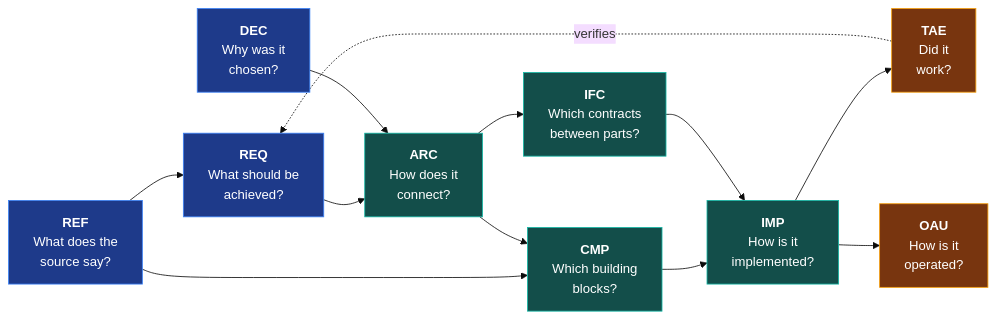
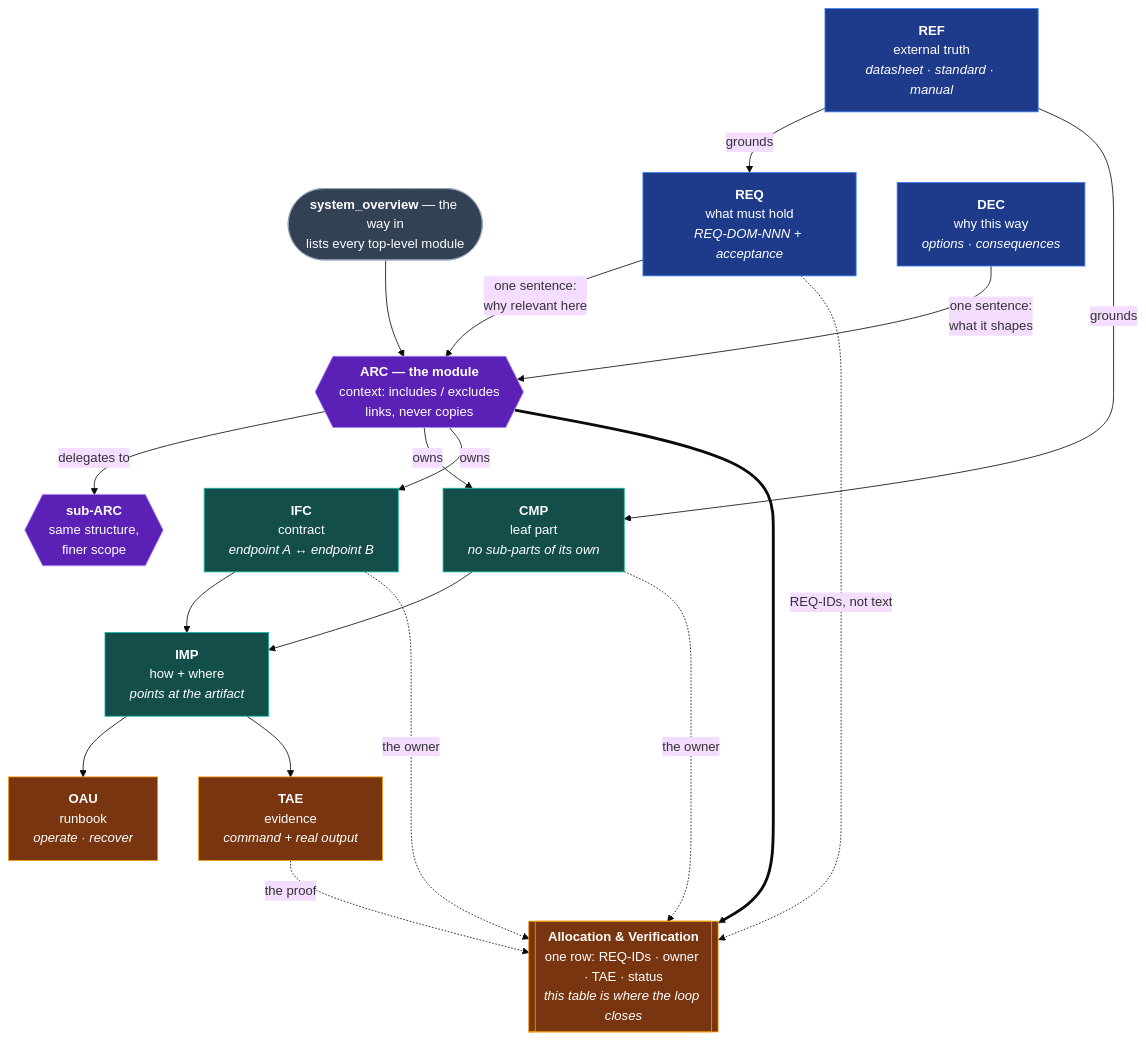
The diagram in README.md (jrmmhm/obsidian-engineering-vault), drawn with Mermaid (base theme) before and after one commit. The commit also changed other lines of this file and 1 other file, not shown here.

Commit message:
docs: show ARC as orchestrator, rewrite CLAUDE.md as instructions
The old diagram drew the domains as a left-to-right pipeline, which is the one
thing the method is not. ARC is an orchestrator that references every other
domain and owns none of their content; the allocation table is where a
requirement ID, its owning component, its evidence and its status meet in one
row. The new diagram centers both, and adds the ARC nesting rule and the
CMP-vs-ARC decision rule that readers otherwise have to find in the ARC README.

CLAUDE.md restated content that already lives in STRUCTURE.md and the vault
conventions - an SSOT violation in a repo about SSOT. It now points at those as
the authority and carries only rules that are not derivable from them, each
with the reason it exists, so the intent generalizes to cases the rule does not
name.

````diff
--- a/README.md
+++ b/README.md
@@ -43,31 +45,50 @@
 ```mermaid
-flowchart LR
-    REF["<b>REF</b><br/>What does the<br/>source say?"]
-    REQ["<b>REQ</b><br/>What should be<br/>achieved?"]
-    DEC["<b>DEC</b><br/>Why was it<br/>chosen?"]
-    ARC["<b>ARC</b><br/>How does it<br/>connect?"]
-    CMP["<b>CMP</b><br/>Which building<br/>blocks?"]
-    IFC["<b>IFC</b><br/>Which contracts<br/>between parts?"]
-    IMP["<b>IMP</b><br/>How is it<br/>implemented?"]
-    TAE["<b>TAE</b><br/>Did it<br/>work?"]
-    OAU["<b>OAU</b><br/>How is it<br/>operated?"]
+flowchart TB
+    SYS(["<b>system_overview</b> — the way in<br/>lists every top-level module"])
 
-    REF --> REQ
-    REF --> CMP
-    REQ --> ARC
-    DEC --> ARC
-    ARC --> CMP
-    ARC --> IFC
+    REF["<b>REF</b><br/>external truth<br/><i>datasheet · standard · manual</i>"]
+    REQ["<b>REQ</b><br/>what must hold<br/><i>REQ-DOM-NNN + acceptance</i>"]
+    DEC["<b>DEC</b><br/>why this way<br/><i>options · consequences</i>"]
+
+    ARC{{"<b>ARC — the module</b><br/>context: includes / excludes<br/>links, never copies"}}
+    SUB{{"<b>sub-ARC</b><br/>same structure,<br/>finer scope"}}
+
+    CMP["<b>CMP</b><br/>leaf part<br/><i>no sub-parts of its own</i>"]
+    IFC["<b>IFC</b><br/>contract<br/><i>endpoint A ↔ endpoint B</i>"]
+
+    IMP["<b>IMP</b><br/>how + where<br/><i>points at the artifact</i>"]
+    OAU["<b>OAU</b><br/>runbook<br/><i>operate · recover</i>"]
+    TAE["<b>TAE</b><br/>evidence<br/><i>command + real output</i>"]
+
+    ALLOC[["<b>Allocation &amp; Verification</b><br/>one row: REQ-IDs · owner · TAE · status<br/><i>this table is where the loop closes</i>"]]
+
+    SYS --> ARC
+    REF -->|"grounds"| REQ
+    REF -->|"grounds"| CMP
+    REQ -->|"one sentence:<br/>why relevant here"| ARC
+    DEC -->|"one sentence:<br/>what it shapes"| ARC
+    ARC -->|"delegates to"| SUB
+    ARC -->|"owns"| CMP
+    ARC -->|"owns"| IFC
     CMP --> IMP
     IFC --> IMP
+    IMP --> OAU
     IMP --> TAE
-    IMP --> OAU
-    TAE -. "verifies" .-> REQ
+
+    ARC ==> ALLOC
+    REQ -.->|"REQ-IDs, not text"| ALLOC
+    CMP -.->|"the owner"| ALLOC
+    IFC -.->|"the owner"| ALLOC
+    TAE -.->|"the proof"| ALLOC
 
     classDef goal fill:#1e3a8a,stroke:#3b82f6,color:#fff
+    classDef hub fill:#5b21b6,stroke:#a78bfa,color:#fff
     classDef build fill:#134e4a,stroke:#14b8a6,color:#fff
     classDef proof fill:#78350f,stroke:#f59e0b,color:#fff
-    class REQ,DEC,REF goal
-    class ARC,CMP,IFC,IMP build
-    class TAE,OAU proof
+    classDef entry fill:#334155,stroke:#94a3b8,color:#fff
+    class REF,REQ,DEC goal
+    class ARC,SUB hub
+    class CMP,IFC,IMP build
+    class TAE,OAU,ALLOC proof
+    class SYS entry
 ```
````
